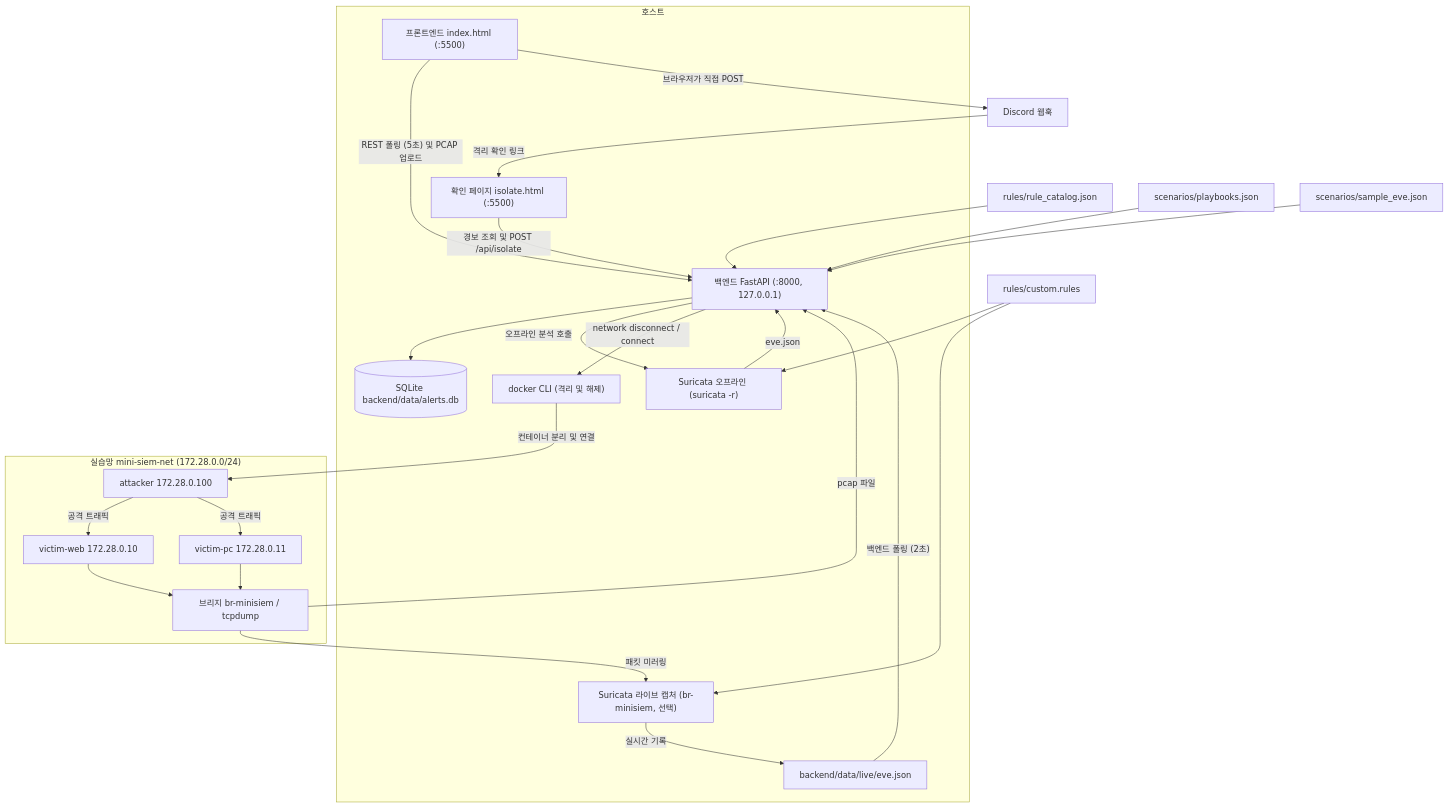
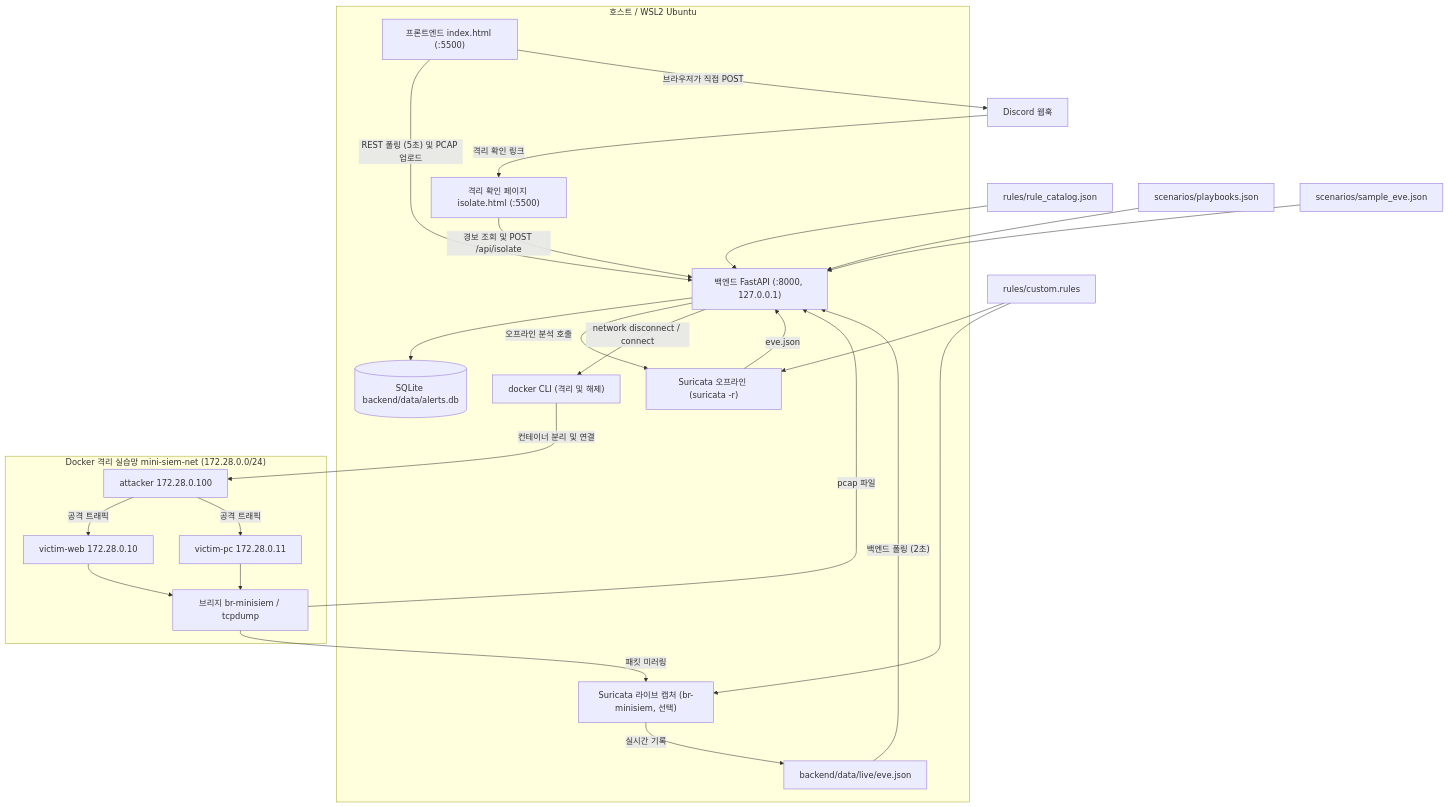
One commit to Weo0o0/RookiRooki changed the first of 2 diagrams in docs/ARCHITECTURE.md. Above: the diagram before and after it, drawn with Mermaid. The commit also changed other lines of this file, not shown here.

Commit message:
docs: ARCHITECTURE.md 가독성 전면 개편 (README 스타일 통일·상세 스펙 접기 적용)

````diff
--- a/docs/ARCHITECTURE.md
+++ b/docs/ARCHITECTURE.md
@@ -26,51 +38,51 @@
 ```mermaid
 flowchart TB
-  subgraph Host["호스트"]
+  subgraph Host["호스트 / WSL2 Ubuntu"]
     UI["프론트엔드 index.html (:5500)"]
-    IsoUI["확인 페이지 isolate.html (:5500)"]
+    IsoUI["격리 확인 페이지 isolate.html (:5500)"]
     API["백엔드 FastAPI (:8000, 127.0.0.1)"]
     DB[("SQLite backend/data/alerts.db")]
     OfflineSuri["Suricata 오프라인 (suricata -r)"]
     LiveSuri["Suricata 라이브 캡처 (br-minisiem, 선택)"]
     LiveEve["backend/data/live/eve.json"]
     DockerCLI["docker CLI (격리 및 해제)"]
 
     UI -->|"REST 폴링 (5초) 및 PCAP 업로드"| API
     IsoUI -->|"경보 조회 및 POST /api/isolate"| API
     API --> DB
     API -->|"오프라인 분석 호출"| OfflineSuri
     OfflineSuri -->|"eve.json"| API
     LiveSuri -->|"실시간 기록"| LiveEve
     LiveEve -->|"백엔드 폴링 (2초)"| API
     API -->|"network disconnect / connect"| DockerCLI
   end
 
-  subgraph Lab["실습망 mini-siem-net (172.28.0.0/24)"]
+  subgraph Lab["Docker 격리 실습망 mini-siem-net (172.28.0.0/24)"]
     Atk["attacker 172.28.0.100"]
     Web["victim-web 172.28.0.10"]
     Vpc["victim-pc 172.28.0.11"]
     Br["브리지 br-minisiem / tcpdump"]
 
     Atk -->|"공격 트래픽"| Web
     Atk -->|"공격 트래픽"| Vpc
     Web --> Br
     Vpc --> Br
   end
 
   Discord["Discord 웹훅"]
   Rules["rules/custom.rules"]
   Catalog["rules/rule_catalog.json"]
   Books["scenarios/playbooks.json"]
   Sample["scenarios/sample_eve.json"]
 
   UI -->|"브라우저가 직접 POST"| Discord
   Discord -->|"격리 확인 링크"| IsoUI
   Br -->|"pcap 파일"| API
   Br -->|"패킷 미러링"| LiveSuri
   DockerCLI -->|"컨테이너 분리 및 연결"| Atk
   Rules --> OfflineSuri
   Rules --> LiveSuri
   Catalog --> API
   Books --> API
   Sample --> API
 ```
````
